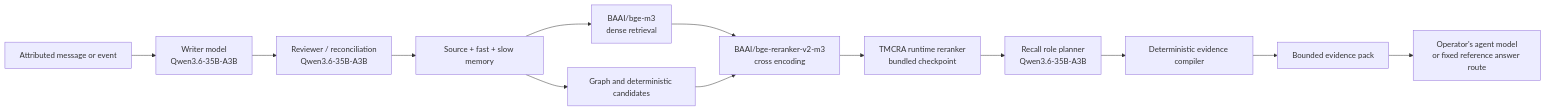
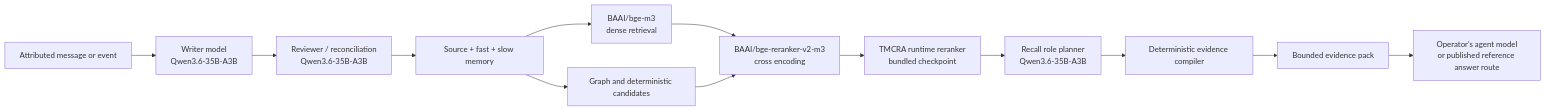
One commit to reshuibuduo/tmcra changed the diagram in docs/PRODUCTION_MODEL_STACK.md. Above: the diagram before and after it, drawn with Mermaid. The commit also changed other lines of this file and 67 other files, not shown here.

````diff
--- a/docs/PRODUCTION_MODEL_STACK.md
+++ b/docs/PRODUCTION_MODEL_STACK.md
@@ -18,22 +18,22 @@
 ```mermaid
 flowchart LR
   EVENT["Attributed message or event"]
   WRITER["Writer model<br/>Qwen3.6-35B-A3B"]
   REVIEW["Reviewer / reconciliation<br/>Qwen3.6-35B-A3B"]
   STORE["Source + fast + slow memory"]
   EMBED["BAAI/bge-m3<br/>dense retrieval"]
   GRAPH["Graph and deterministic candidates"]
   VR["TMCRA runtime reranker<br/>bundled checkpoint"]
   CROSS["BAAI/bge-reranker-v2-m3<br/>cross encoding"]
   PLAN["Recall role planner<br/>Qwen3.6-35B-A3B"]
   COMPILE["Deterministic evidence compiler"]
   PACK["Bounded evidence pack"]
-  AGENT["Operator's agent model<br/>or fixed reference answer route"]
+  AGENT["Operator's agent model<br/>or published reference answer route"]
 
   EVENT --> WRITER --> REVIEW --> STORE
   STORE --> EMBED
   STORE --> GRAPH
   EMBED --> CROSS
   GRAPH --> CROSS
   CROSS --> VR --> PLAN --> COMPILE --> PACK --> AGENT
 ```
````
